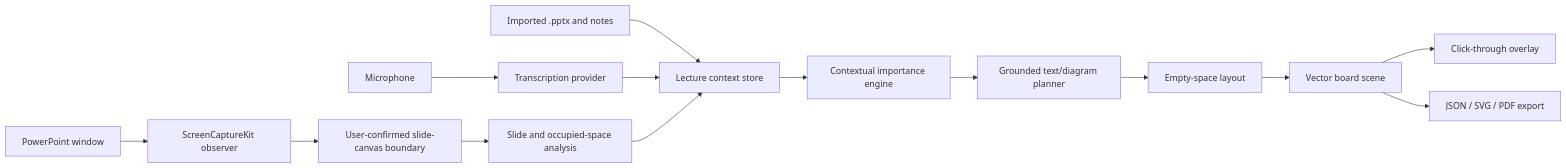
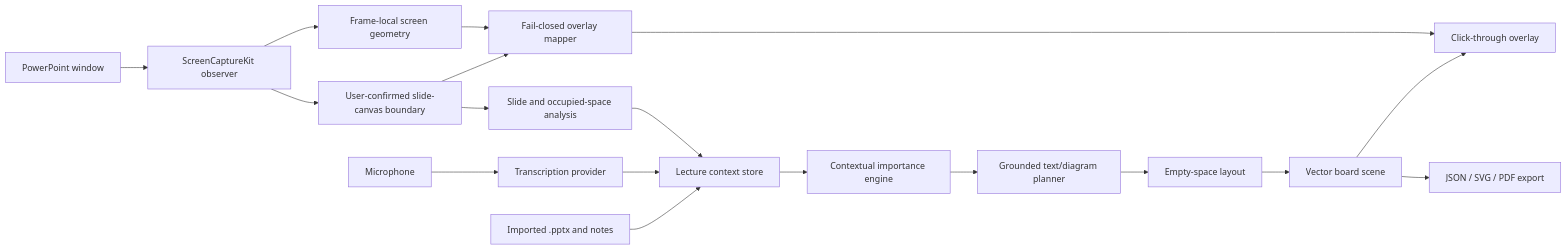
One commit to akiyama709/lectureboard-ai changed the diagram in docs/architecture.md. Above: the diagram before and after it, drawn with Mermaid. The commit also changed other lines of this file and 22 other files, not shown here.

Commit message:
Add fail-closed production overlay boundary

````diff
--- a/docs/architecture.md
+++ b/docs/architecture.md
@@ -7,16 +7,20 @@
 ```mermaid
 flowchart LR
     PPT[PowerPoint window] --> CAP[ScreenCaptureKit observer]
     PPTX[Imported .pptx and notes] --> CTX[Lecture context store]
     MIC[Microphone] --> ASR[Transcription provider]
     CAP --> CANVAS[User-confirmed slide-canvas boundary]
+    CAP --> SCREEN[Frame-local screen geometry]
     CANVAS --> SLIDE[Slide and occupied-space analysis]
+    CANVAS --> MAP[Fail-closed overlay mapper]
+    SCREEN --> MAP
     ASR --> CTX
     SLIDE --> CTX
     CTX --> IMP[Contextual importance engine]
     IMP --> PLAN[Grounded text/diagram planner]
     PLAN --> LAYOUT[Empty-space layout]
     LAYOUT --> SCENE[Vector board scene]
     SCENE --> OVERLAY[Click-through overlay]
+    MAP --> OVERLAY
     SCENE --> EXPORT[JSON / SVG / PDF export]
 ```
````
